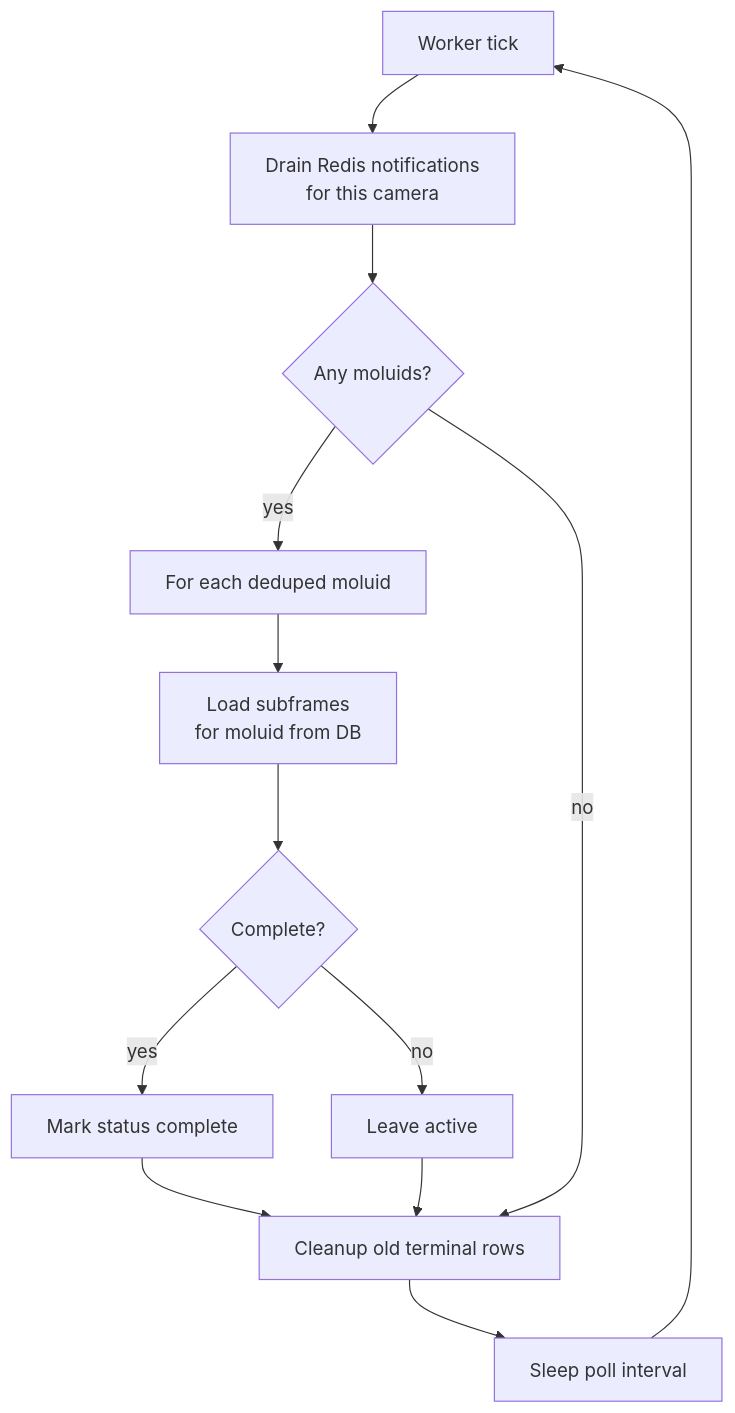
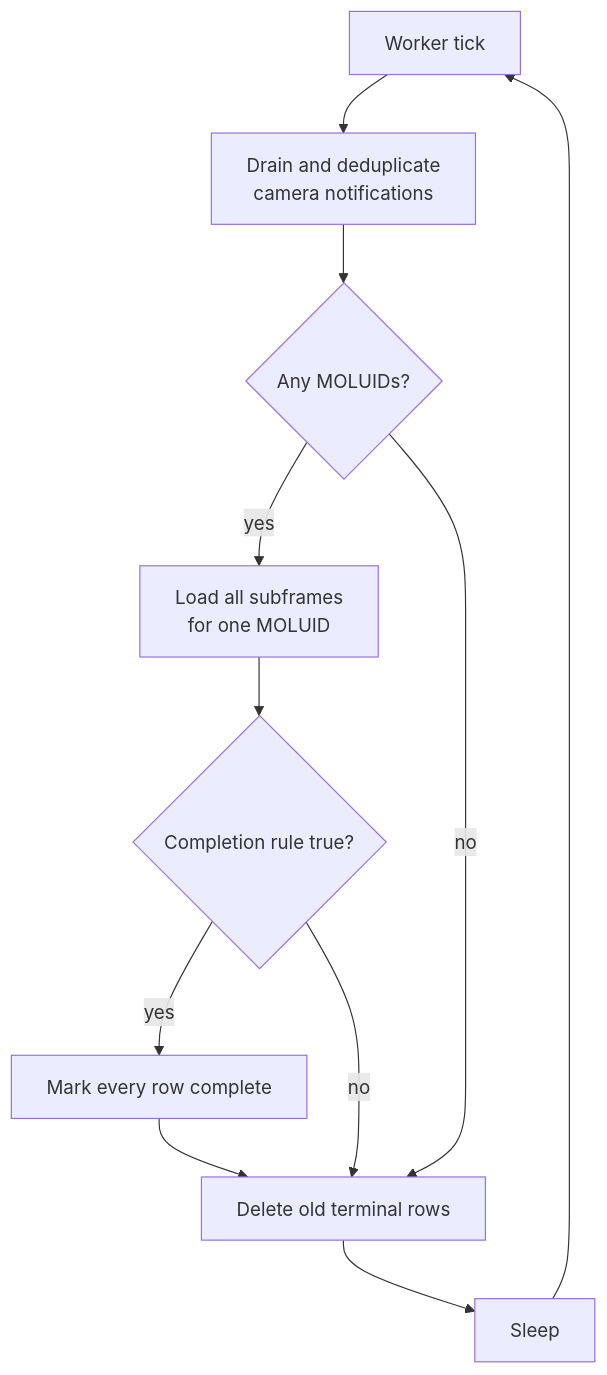
One commit to LCOGT/banzai changed the second of 3 diagrams in docs/smartstacking_architecture.md. Above: the diagram before and after it, drawn with Mermaid. The commit also changed other lines of this file and 1 other file, not shown here.

````diff
--- a/docs/smartstacking_architecture.md
+++ b/docs/smartstacking_architecture.md
@@ -150,20 +141,18 @@
 ```mermaid
 flowchart TD
     tick["Worker tick"]
-    drain["Drain Redis notifications<br/>for this camera"]
-    any_notify{"Any moluids?"}
-    each["For each deduped moluid"]
-    load["Load subframes<br/>for moluid from DB"]
-    complete{"Complete?"}
-    mark_complete["Mark status complete"]
-    keep_active["Leave active"]
-    cleanup["Cleanup old terminal rows"]
-    sleep["Sleep poll interval"]
+    drain["Drain and deduplicate<br/>camera notifications"]
+    notified{"Any MOLUIDs?"}
+    load["Load all subframes<br/>for one MOLUID"]
+    complete{"Completion rule true?"}
+    mark["Mark every row complete"]
+    cleanup["Delete old terminal rows"]
+    sleep["Sleep"]
 
-    tick --> drain --> any_notify
-    any_notify -- "yes" --> each --> load --> complete
-    complete -- "yes" --> mark_complete --> cleanup
-    complete -- "no" --> keep_active --> cleanup
-    any_notify -- "no" --> cleanup
+    tick --> drain --> notified
+    notified -->|"yes"| load --> complete
+    complete -->|"yes"| mark --> cleanup
+    complete -->|"no"| cleanup
+    notified -->|"no"| cleanup
     cleanup --> sleep --> tick
 ```
````
